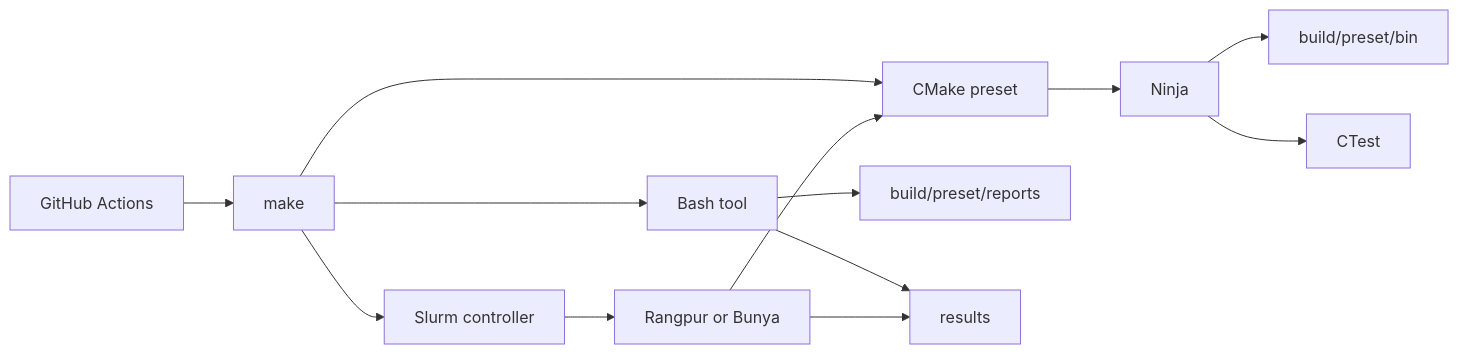
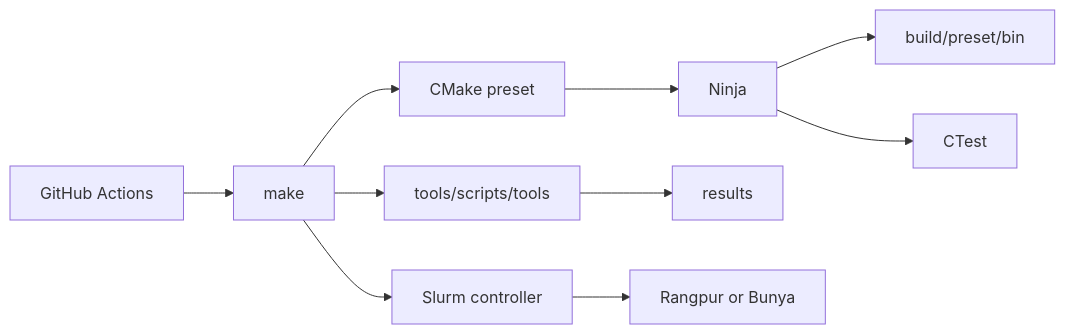
Before and after one commit to keys-i/COSC3500: the first of 2 diagrams in docs/infra.md, drawn with Mermaid. The commit also changed other lines of this file and 3 other files, not shown here.

````diff
--- a/docs/infra.md
+++ b/docs/infra.md
@@ -10,15 +9,12 @@
 ```mermaid
 flowchart LR
     User[make] --> CMake[CMake preset]
-    User --> Tool[Bash tool]
+    User --> Bash[tools/scripts/tools]
     CMake --> Ninja[Ninja]
     Ninja --> Bin[build/preset/bin]
-    Ninja --> CTest[CTest]
-    Tool --> Build[build/preset/reports]
-    Tool --> Results[results]
-    User --> HPC[Slurm controller]
-    HPC --> Job[Rangpur or Bunya]
-    Job --> CMake
-    Job --> Results
+    Ninja --> Test[CTest]
+    Bash --> Results[results]
+    User --> Slurm[Slurm controller]
+    Slurm --> Cluster[Rangpur or Bunya]
     Actions[GitHub Actions] --> User
 ```
````
